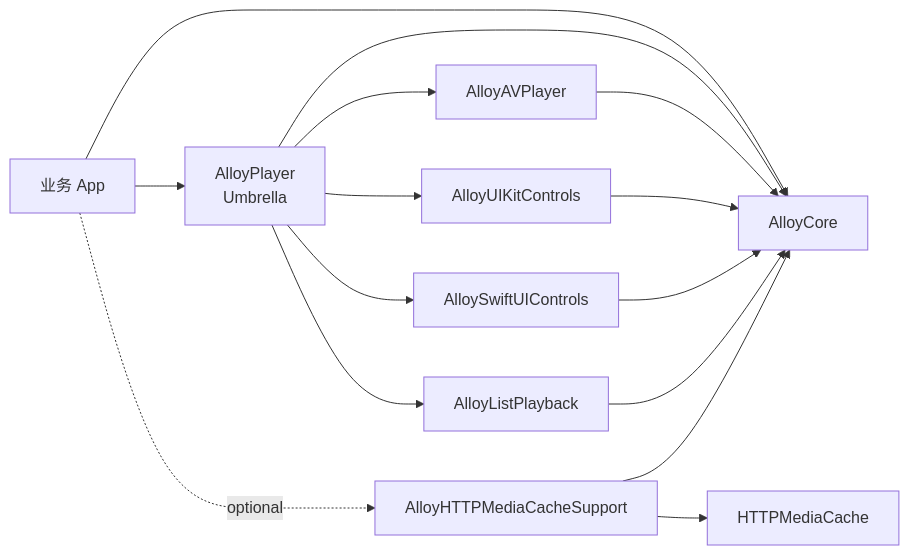
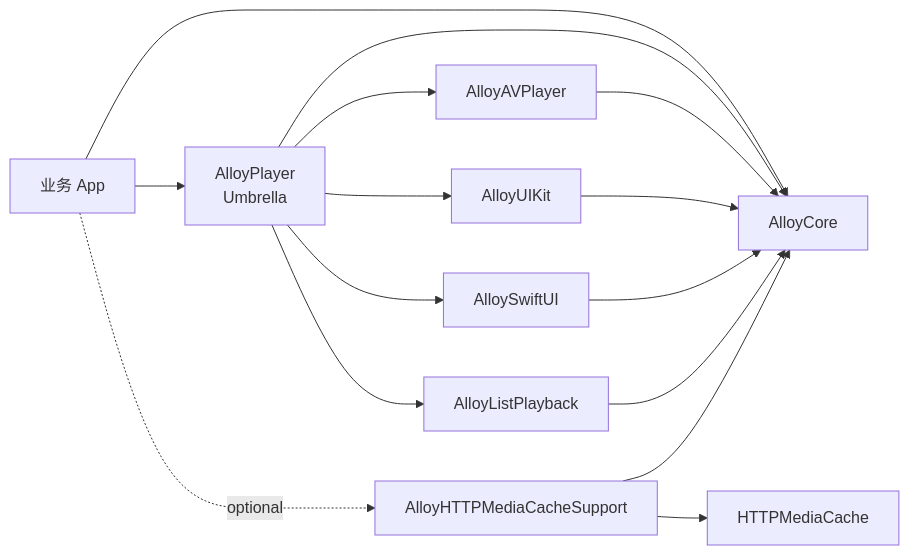
The diagram in README.md (sunimp/AlloyPlayer), drawn with Mermaid before and after one commit. The commit also changed other lines of this file and 92 other files, not shown here.

````diff
--- a/README.md
+++ b/README.md
@@ -270,20 +270,20 @@
 ```mermaid
 flowchart LR
     App[业务 App] --> Umbrella[AlloyPlayer<br/>Umbrella]
     App --> Core[AlloyCore]
 
     Umbrella --> Core
     Umbrella --> AV[AlloyAVPlayer]
-    Umbrella --> UIKitControls[AlloyUIKitControls]
-    Umbrella --> SwiftUIControls[AlloySwiftUIControls]
+    Umbrella --> UIKitControls[AlloyUIKit]
+    Umbrella --> SwiftUIControls[AlloySwiftUI]
     Umbrella --> ListPlayback[AlloyListPlayback]
 
     AV --> Core
     UIKitControls --> Core
     SwiftUIControls --> Core
     ListPlayback --> Core
 
     CacheSupport[AlloyHTTPMediaCacheSupport] --> Core
     CacheSupport --> HTTPMediaCache[HTTPMediaCache]
     App -. optional .-> CacheSupport
 ```
````
